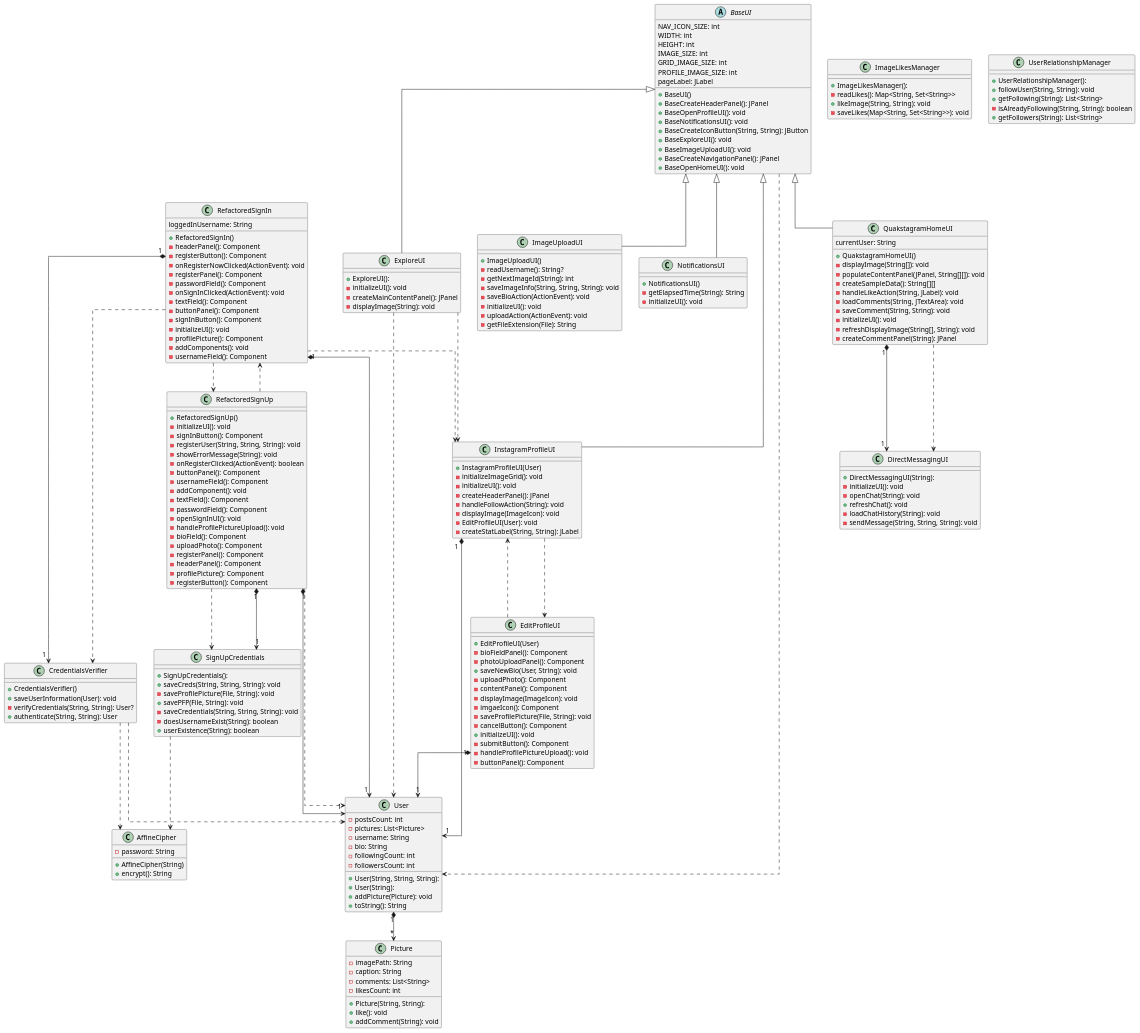
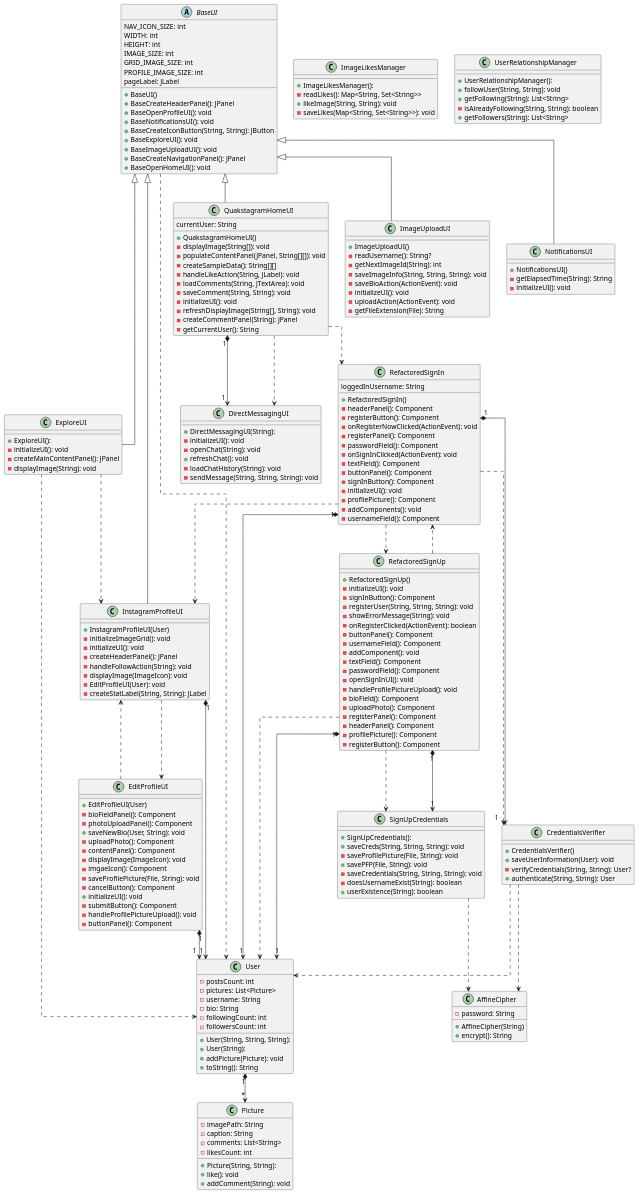
The diagram in UML/RefactoredCodeBase.plantuml (vessahnjoya/QuackstagramProject), drawn with PlantUML before and after one commit. The commit also changed 1 other file, not shown here.

Commit message:
update to uml diagram

```diff
--- a/UML/RefactoredCodeBase.plantuml
+++ b/UML/RefactoredCodeBase.plantuml
@@ -24,8 +24,6 @@
     GRID_IMAGE_SIZE: int
     PROFILE_IMAGE_SIZE: int
     pageLabel: JLabel
-
-
 }
 class CredentialsVerifier {
     + CredentialsVerifier()
@@ -114,6 +112,7 @@
     - initializeUI(): void
     - refreshDisplayImage(String[], String): void
     - createCommentPanel(String): JPanel
+    -getCurrentUser(): String
     currentUser: String
 }
 class RefactoredSignIn {
@@ -194,6 +193,7 @@
 InstagramProfileUI      "1" *-[plain]-> "1" User
 QuakstagramHomeUI       "1" *-[plain]-> "1" DirectMessagingUI
 QuakstagramHomeUI        -[dashed]->  DirectMessagingUI
+QuakstagramHomeUI        -[dashed]->  RefactoredSignIn
 RefactoredSignIn        "1" *-[plain]-> "1" CredentialsVerifier
 RefactoredSignIn         -[dashed]->  CredentialsVerifier
 RefactoredSignIn         -[dashed]->  InstagramProfileUI
```
